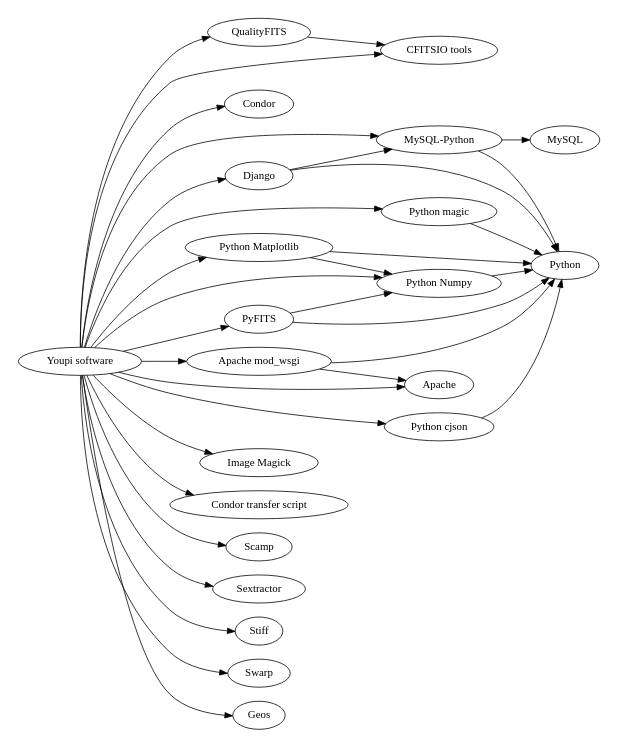
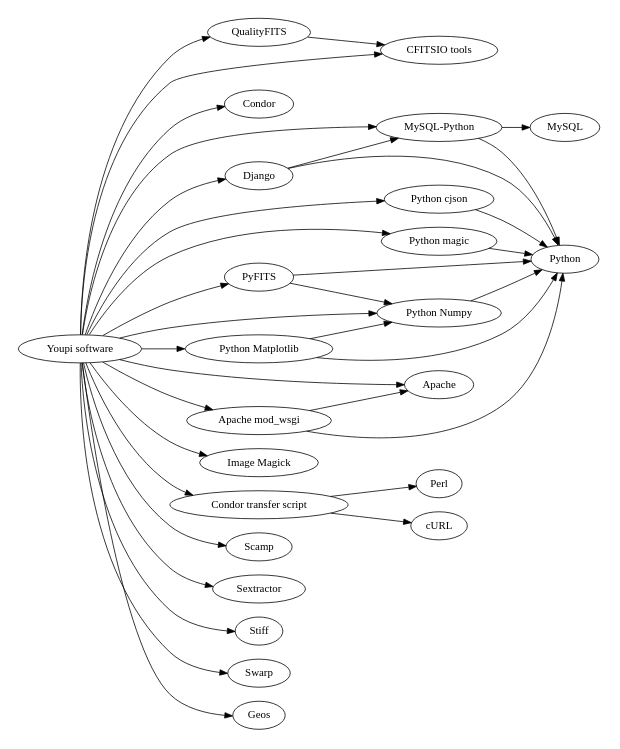
One commit to gotsunami/Youpi changed the diagram in doc/handbook/figures/dependencies_tree_standalone.dot. Above: the diagram before and after it, drawn with Graphviz. The commit also changed 1 other file, not shown here.

Commit message:
Handbook: updated doc and figures to show condor_transfer's cURL depandancy

```diff
--- a/doc/handbook/figures/dependencies_tree_standalone.dot
+++ b/doc/handbook/figures/dependencies_tree_standalone.dot
@@ -1,65 +1,69 @@
 digraph G {
 	size="5,5";
 	rankdir = LR;
 
 	youpi [label="Youpi software"];
 	cfitsio	[label="CFITSIO tools"];
 	condor [label="Condor"];
 	django [label="Django"];
 	magic [label="Image Magick"];
 	modwsgi [label="Apache mod_wsgi"];
 	mysqlpython [label="MySQL-Python"];
 	pyfits [label="PyFITS"];
 	python [label="Python"];
 	pythoncjson	[label="Python cjson"];
 	pythonmagic	[label="Python magic"];
 	pythonmplib	[label="Python Matplotlib"];
 	pythonnumpy	[label="Python Numpy"];
 	apache [label="Apache"];
 	mysql [label="MySQL"];
 	mysql [label="MySQL"];
 	condortrpl [label="Condor transfer script"];
+	perl [label="Perl"];
+	curl [label="cURL"];
 
 	scamp [label="Scamp"];
 	sextractor [label="Sextractor"];
 	stiff [label="Stiff"];
 	swarp [label="Swarp"];
 	qfits [label="QualityFITS"];
 	geos [label="Geos"];
 
 	youpi -> apache;
 	youpi -> cfitsio;
 	youpi -> condor;
 	youpi -> django;
 	youpi -> magic;
 	youpi -> modwsgi;
 	youpi -> pyfits;
 	youpi -> pythoncjson;
 	youpi -> pythonmagic;
 	youpi -> pythonmplib;
 	youpi -> pythonnumpy;
 	youpi -> mysqlpython;
 	youpi -> geos;
 	youpi -> condortrpl;
 
 	youpi -> scamp;
 	youpi -> sextractor;
 	youpi -> stiff;
 	youpi -> swarp;
 	youpi -> qfits;
 
 	qfits -> cfitsio;
 	mysqlpython -> mysql;
 	django -> python;
 	django -> mysqlpython;
 	modwsgi -> apache;
 	modwsgi -> python;
 	pythonmagic -> python;
 	pythonmplib -> python;
 	pythoncjson -> python;
 	pythonnumpy -> python;
 	mysqlpython -> python;
 	pyfits -> python;
 	pyfits -> pythonnumpy;
 	pythonmplib -> pythonnumpy;
+	condortrpl -> perl;
+	condortrpl -> curl;
 }
```
